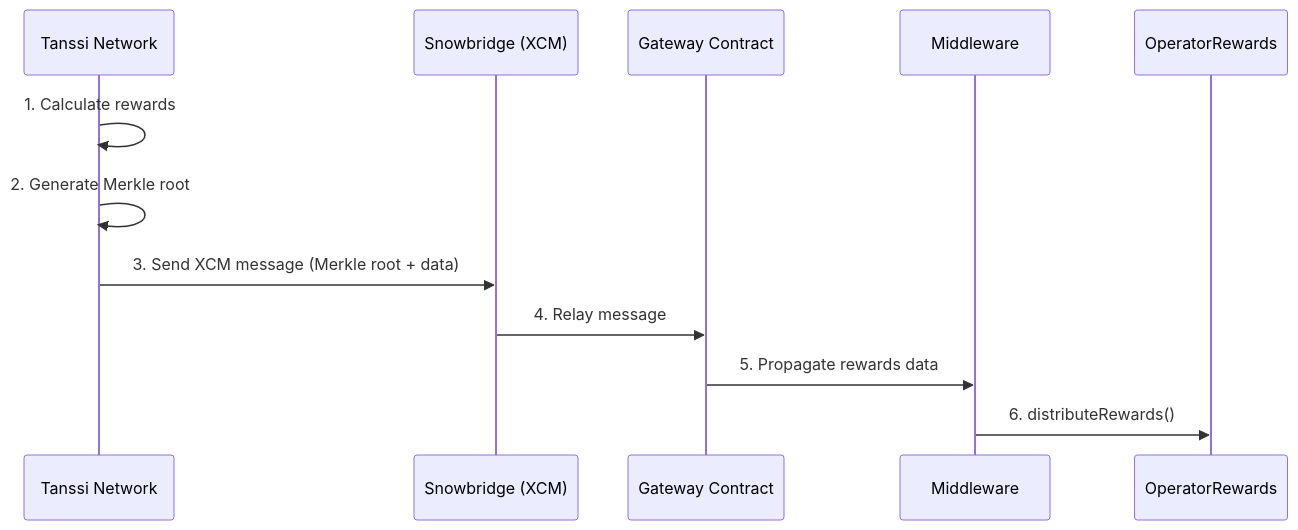
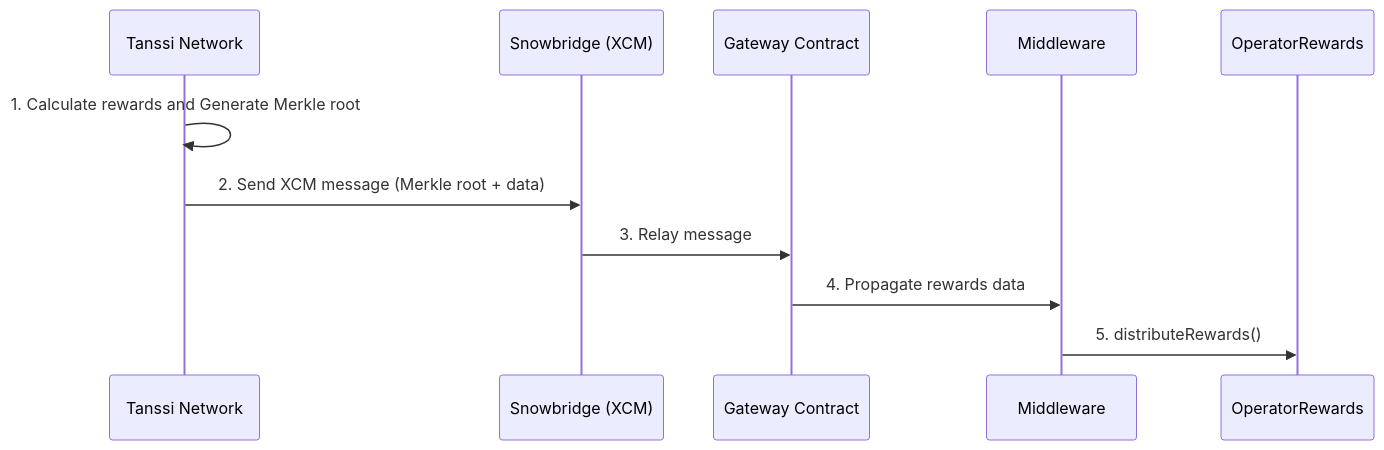
Before and after one commit to moondance-labs/tanssi-docs: the third of 5 diagrams in learn/tanssi/external-security-providers/symbiotic.md, drawn with Mermaid. The commit also changed other lines of this file, not shown here.

````diff
--- a/learn/tanssi/external-security-providers/symbiotic.md
+++ b/learn/tanssi/external-security-providers/symbiotic.md
@@ -131,15 +133,14 @@
 ```mermaid
 sequenceDiagram
     participant Tanssi Network
     participant Snowbridge (XCM)
     participant Gateway Contract
     participant Middleware
     participant OperatorRewards
 
-    Tanssi Network->>Tanssi Network: 1. Calculate rewards
-    Tanssi Network->>Tanssi Network: 2. Generate Merkle root
-    Tanssi Network->>Snowbridge (XCM): 3. Send XCM message (Merkle root + data)
-    Snowbridge (XCM)->>Gateway Contract: 4. Relay message
-    Gateway Contract->>Middleware: 5. Propagate rewards data
-    Middleware->>OperatorRewards: 6. distributeRewards()
+    Tanssi Network->>Tanssi Network: 1. Calculate rewards and Generate Merkle root
+    Tanssi Network->>Snowbridge (XCM): 2. Send XCM message (Merkle root + data)
+    Snowbridge (XCM)->>Gateway Contract: 3. Relay message
+    Gateway Contract->>Middleware: 4. Propagate rewards data
+    Middleware->>OperatorRewards: 5. distributeRewards()
 ```
````
